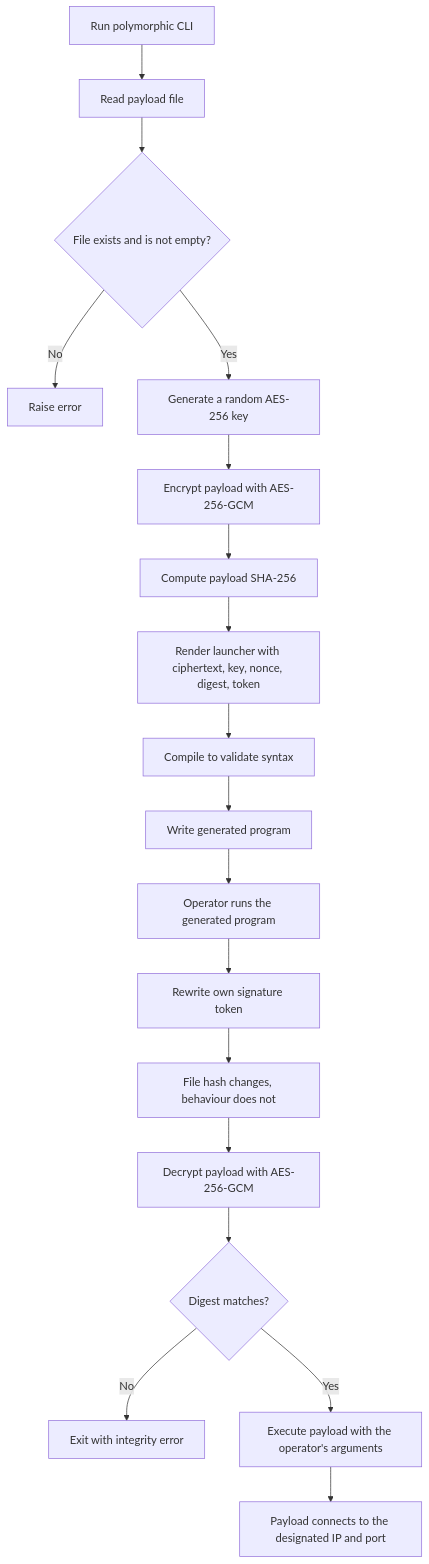
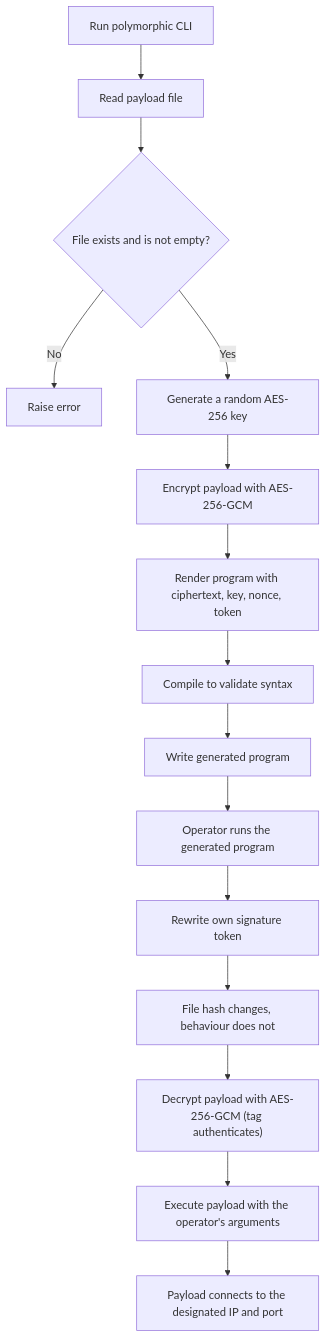
The seventh of 8 diagrams in README.md (fahdaguenouz/hidden-bytes), drawn with Mermaid before and after one commit. The commit also changed other lines of this file and 3 other files, not shown here.

````diff
--- a/README.md
+++ b/README.md
@@ -1112,21 +1102,18 @@
 ```mermaid
 flowchart TD
     A["Run polymorphic CLI"] --> B["Read payload file"]
     B --> C{"File exists and is not empty?"}
     C -- "No" --> D["Raise error"]
     C -- "Yes" --> E["Generate a random AES-256 key"]
     E --> F["Encrypt payload with AES-256-GCM"]
-    F --> G["Compute payload SHA-256"]
-    G --> H["Render launcher with ciphertext, key, nonce, digest, token"]
+    F --> H["Render program with ciphertext, key, nonce, token"]
     H --> I["Compile to validate syntax"]
     I --> J["Write generated program"]
 
     J --> K["Operator runs the generated program"]
     K --> L["Rewrite own signature token"]
     L --> M["File hash changes, behaviour does not"]
-    M --> N["Decrypt payload with AES-256-GCM"]
-    N --> O{"Digest matches?"}
-    O -- "No" --> P["Exit with integrity error"]
-    O -- "Yes" --> Q["Execute payload with the operator's arguments"]
+    M --> N["Decrypt payload with AES-256-GCM (tag authenticates)"]
+    N --> Q["Execute payload with the operator's arguments"]
     Q --> R["Payload connects to the designated IP and port"]
 ```
````
